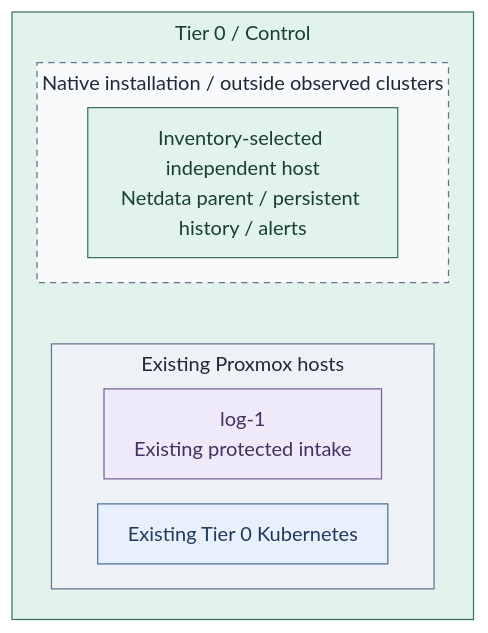
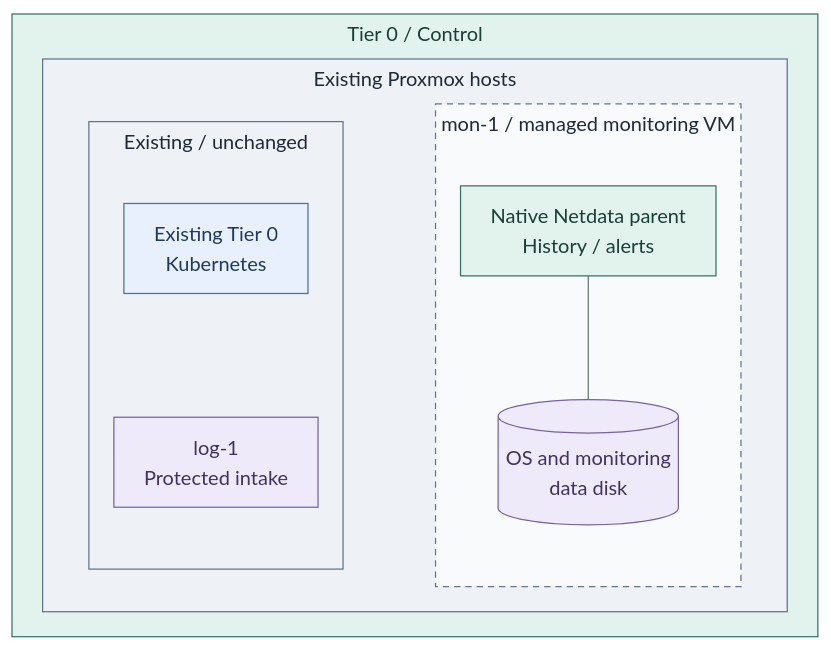
One commit to Rexus/homelab changed the first of 3 diagrams in docs/deployment/stage-6-secrets/monitoring.md. Above: the diagram before and after it, drawn with Mermaid. The commit also changed other lines of this file and 247 other files, not shown here.

````diff
--- a/docs/deployment/stage-6-secrets/monitoring.md
+++ b/docs/deployment/stage-6-secrets/monitoring.md
@@ -73,25 +140,33 @@
 ```mermaid
 %%{init: {"theme":"base","flowchart":{"nodeSpacing":20,"rankSpacing":24,"padding":12,"subGraphTitleMargin":{"top":4,"bottom":12}},"themeVariables":{"lineColor":"#627581","edgeLabelBackground":"#f8fafc"}}}%%
-flowchart LR
+flowchart TB
   subgraph T0["Tier 0 / Control"]
     subgraph PVE["Existing Proxmox hosts"]
-      Existing["log-1<br/>Existing protected intake"]
-      Cluster["Existing Tier 0 Kubernetes"]
+      direction LR
+      subgraph Context["Existing / unchanged"]
+        direction TB
+        Cluster["Existing Tier 0<br/>Kubernetes"]
+        Existing["log-1<br/>Protected intake"]
+        Cluster ~~~ Existing
+      end
+      subgraph Project["mon-1 / managed monitoring VM"]
+        direction TB
+        Host["Native Netdata parent<br/>History / alerts"]
+        Disk[("OS and monitoring<br/>data disk")]
+        Host --- Disk
+      end
+      Context ~~~ Project
     end
-    subgraph Project["Native installation / outside observed clusters"]
-      Host["Inventory-selected independent host<br/>Netdata parent / persistent history / alerts"]
-    end
-    Project ~~~ PVE
   end
   classDef default fill:#f8fafc,stroke:#64748b,color:#1f2937
   classDef data fill:#eeeafa,stroke:#78639b,color:#42325d
   classDef control fill:#e2f3ed,stroke:#397366,color:#173f36
   classDef services fill:#e7f0fc,stroke:#4d719b,color:#203a5b
   classDef boundary fill:#eef2f6,stroke:#64748b,color:#1f2937
   classDef replicas fill:#f8fafc,stroke:#64748b,color:#1f2937,stroke-dasharray:5 4
-  class Existing data
+  class Existing,Disk data
   class T0,Host control
   class Cluster services
-  class PVE boundary
+  class PVE,Context boundary
   class Project replicas
 ```
````
